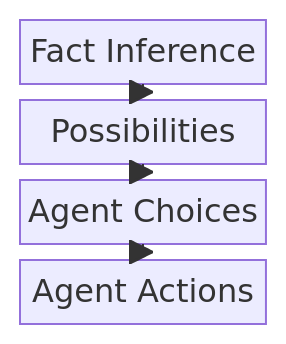
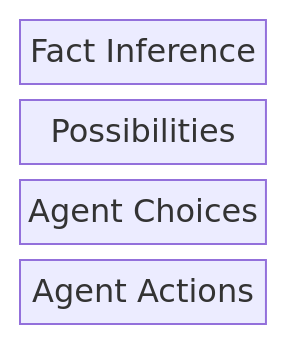
Before and after one commit to rchDev/game-of-points: the second of 3 diagrams in docs/deep-lore.md, drawn with Mermaid.

Commit message:
[docs]: add a bunch of stuff to deep-lore.md

````diff
--- a/docs/deep-lore.md
+++ b/docs/deep-lore.md
@@ -114,12 +114,8 @@
 ```mermaid
 block-beta
    columns 1
    A["Fact Inference"]
    B["Possibilities"]
    C["Agent Choices"]
    D["Agent Actions"]
-   
-   A --> B
-   B --> C
-   C --> D
 ```
````
